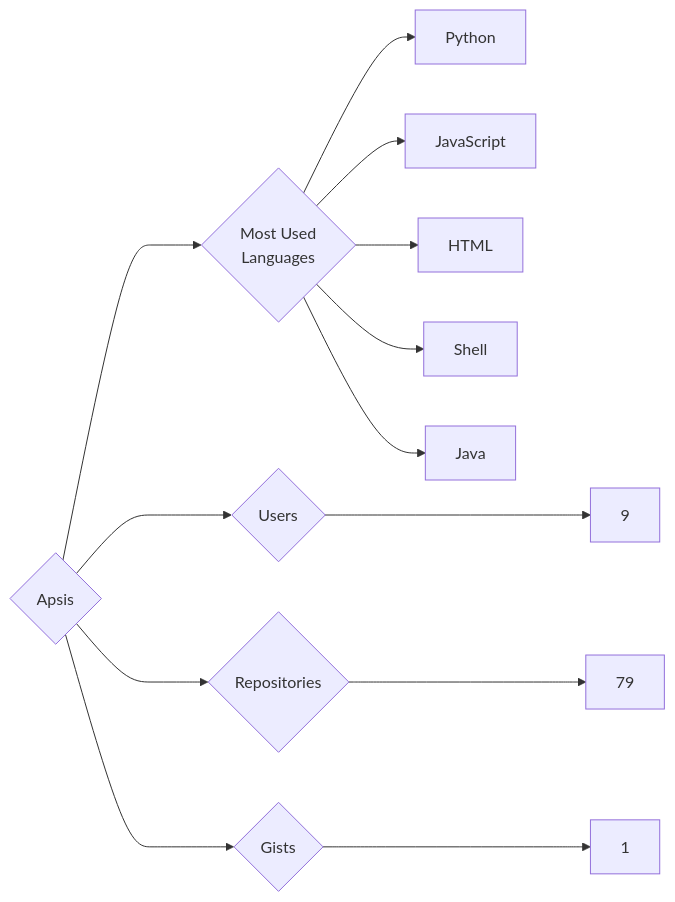
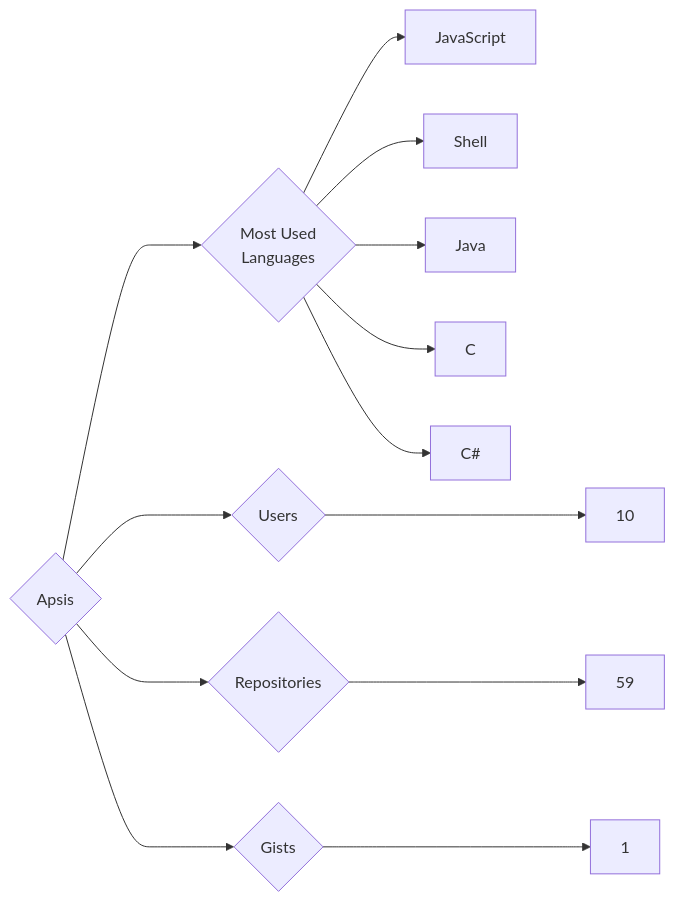
Before and after one commit to trickest/insiders: the diagram in targets/Apsis/README.md, drawn with Mermaid. The commit also changed 1238 other files, not shown here.

````diff
--- a/targets/Apsis/README.md
+++ b/targets/Apsis/README.md
@@ -3,13 +3,13 @@
 ```mermaid
 graph LR
 COMPANY_NAME{Apsis}
-COMPANY_NAME ---> U{Users} ---> UN[9]
-COMPANY_NAME ---> R{Repositories} ---> RN[79]
+COMPANY_NAME ---> U{Users} ---> UN[10]
+COMPANY_NAME ---> R{Repositories} ---> RN[59]
 COMPANY_NAME ---> G{Gists} ---> GN[1]
 COMPANY_NAME ---> ML{Most Used<br>Languages}
-ML --> Python[Python]
 ML --> JavaScript[JavaScript]
-ML --> HTML[HTML]
 ML --> Shell[Shell]
 ML --> Java[Java]
+ML --> C[C]
+ML --> C#[C#]
 ```
````
